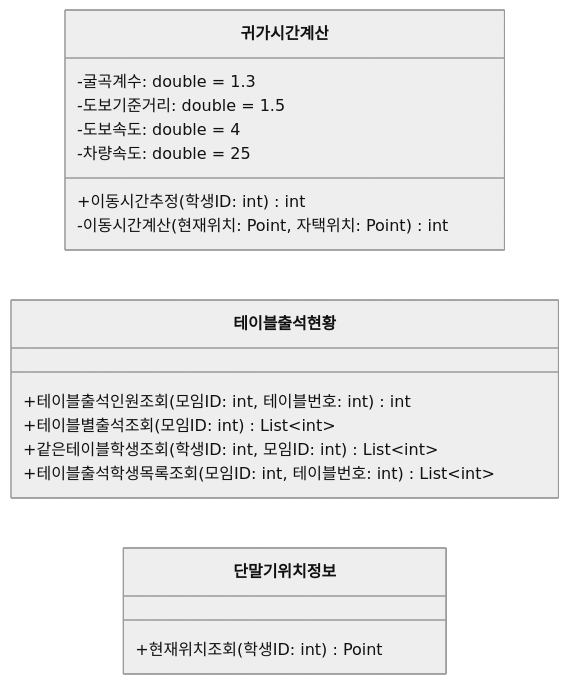
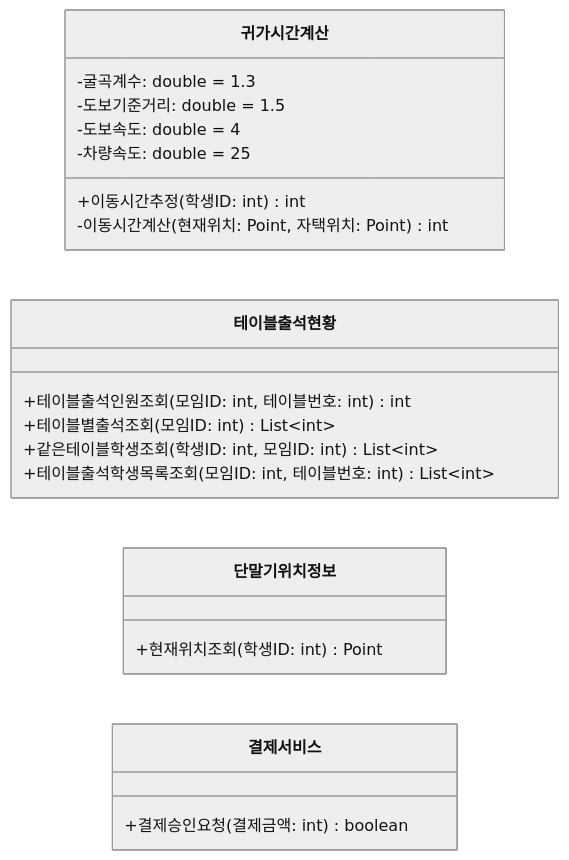
One commit to hojae3/sw-engineering-16 changed the eighth of 14 diagrams in class-diagram/class-diagram.md. Above: the diagram before and after it, drawn with Mermaid (neutral theme). The commit also changed other lines of this file and 7 other files, not shown here.

````diff
--- a/class-diagram/class-diagram.md
+++ b/class-diagram/class-diagram.md
@@ -632,21 +635,24 @@
 ```mermaid
 classDiagram
     direction LR
     class ReturnHomeTimeCalc["귀가시간계산"] {
         -굴곡계수: double = 1.3
         -도보기준거리: double = 1.5
         -도보속도: double = 4
         -차량속도: double = 25
         +이동시간추정(학생ID: int) int
         -이동시간계산(현재위치: Point, 자택위치: Point) int
     }
     class TableAttendanceStatus["테이블출석현황"] {
         +테이블출석인원조회(모임ID: int, 테이블번호: int) int
         +테이블별출석조회(모임ID: int) List~int~
         +같은테이블학생조회(학생ID: int, 모임ID: int) List~int~
         +테이블출석학생목록조회(모임ID: int, 테이블번호: int) List~int~
     }
     class DeviceLocation["단말기위치정보"] {
         +현재위치조회(학생ID: int) Point
     }
+    class PaymentService["결제서비스"] {
+        +결제승인요청(결제금액: int) boolean
+    }
 ```
````
